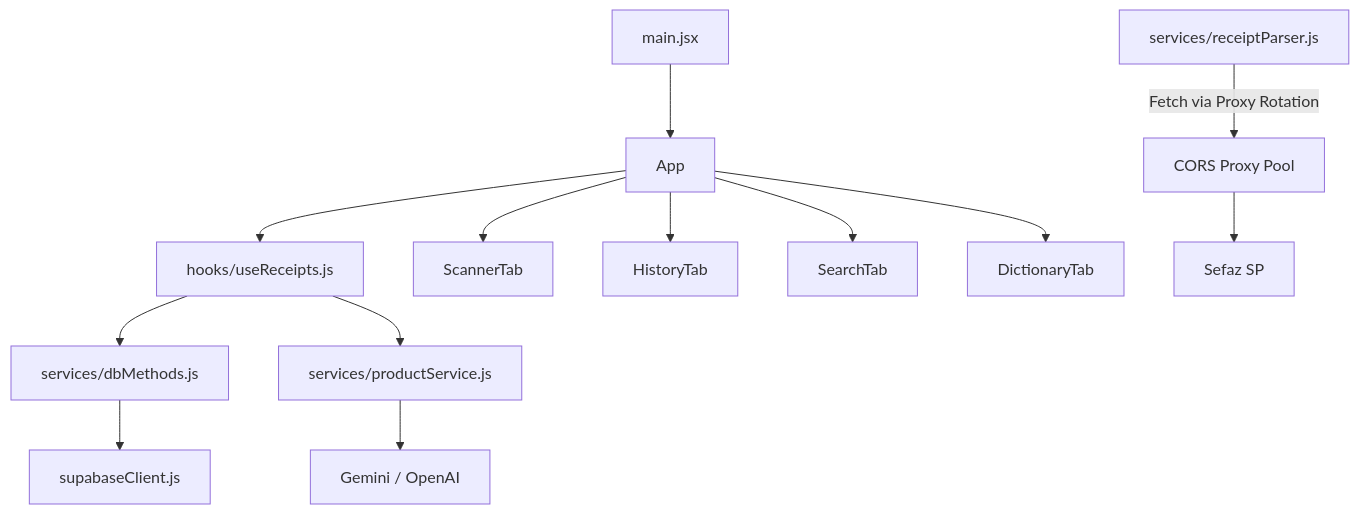
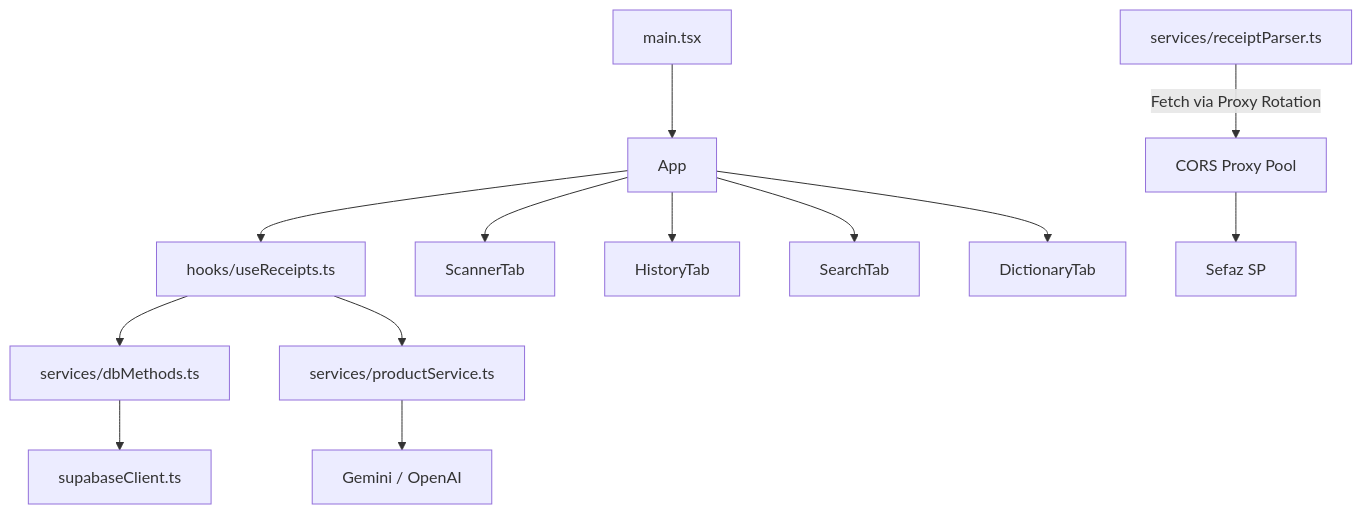
Before and after one commit to Bosguega/my_mercado: the second of 2 diagrams in ARCHITECTURE.md, drawn with Mermaid. The commit also changed other lines of this file and 3 other files, not shown here.

Commit message:
feat: Implement AI-powered product normalization pipeline, add AI key management utilities, and update architecture documentation to reflect these changes and TypeScript adoption.

````diff
--- a/ARCHITECTURE.md
+++ b/ARCHITECTURE.md
@@ -274,18 +278,18 @@
 ```mermaid
 graph TD
-    main["main.jsx"] --> App
-    App --> useReceipts["hooks/useReceipts.js"]
-    useReceipts --> dbMethods["services/dbMethods.js"]
-    useReceipts --> productService["services/productService.js"]
+    main["main.tsx"] --> App
+    App --> useReceipts["hooks/useReceipts.ts"]
+    useReceipts --> dbMethods["services/dbMethods.ts"]
+    useReceipts --> productService["services/productService.ts"]
     
     App --> ScannerTab
     App --> HistoryTab
     App --> SearchTab
     App --> DictionaryTab
     
-    dbMethods --> supabase["supabaseClient.js"]
+    dbMethods --> supabase["supabaseClient.ts"]
     productService --> AI["Gemini / OpenAI"]
 
-    receiptParser["services/receiptParser.js"] -- "Fetch via Proxy Rotation" --> proxies["CORS Proxy Pool"]
+    receiptParser["services/receiptParser.ts"] -- "Fetch via Proxy Rotation" --> proxies["CORS Proxy Pool"]
     proxies --> Sefaz["Sefaz SP"]
 ```
````
